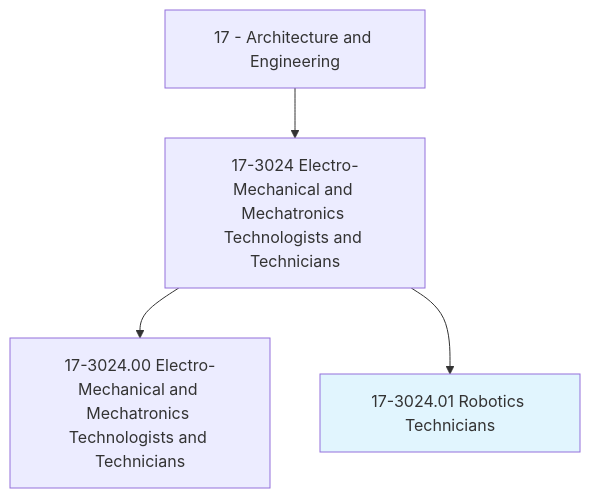
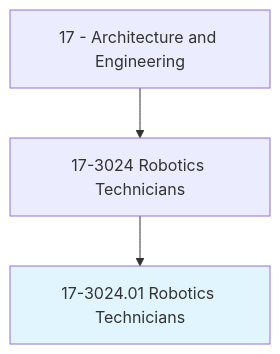
One commit to kziemski/business.org.ai changed the first of 4 diagrams in occupations/Architecture/RoboticsTechnicians.mdx. Above: the diagram before and after it, drawn with Mermaid. The commit also changed other lines of this file and 938 other files, not shown here.

````diff
--- a/occupations/Architecture/RoboticsTechnicians.mdx
+++ b/occupations/Architecture/RoboticsTechnicians.mdx
@@ -19,7 +23,6 @@
 ```mermaid
 graph TD
-    Cat17["17 - Architecture and Engineering"] --> Group173024["17-3024 Electro-Mechanical and Mechatronics Technologists and Technicians"]
-    Group173024 --> Base["17-3024.00 Electro-Mechanical and Mechatronics Technologists and Technicians"]
+    Cat17["17 - Architecture and Engineering"] --> Group173024["17-3024 Robotics Technicians"]
     Group173024 --> Current["17-3024.01 Robotics Technicians"]
     style Current fill:#e1f5fe
 ```
````
